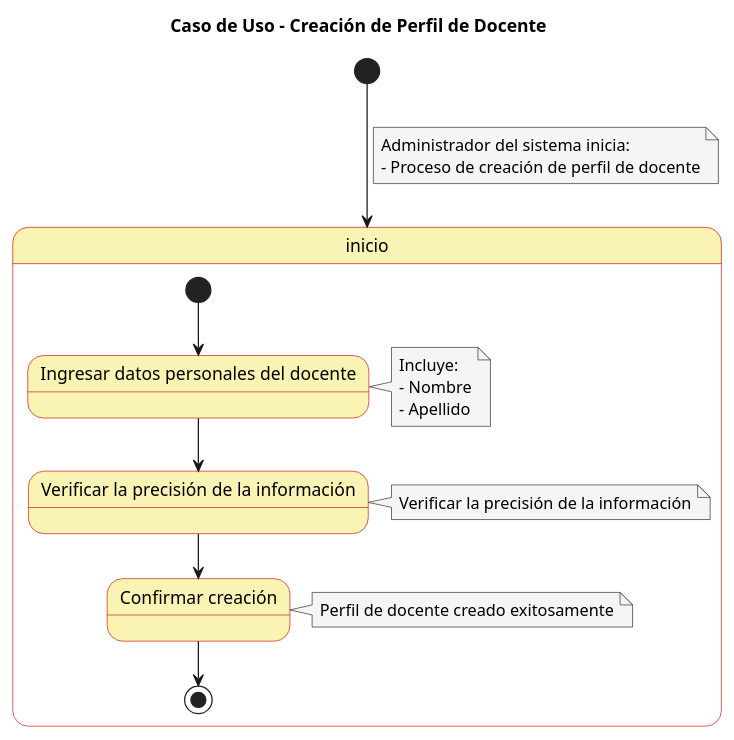
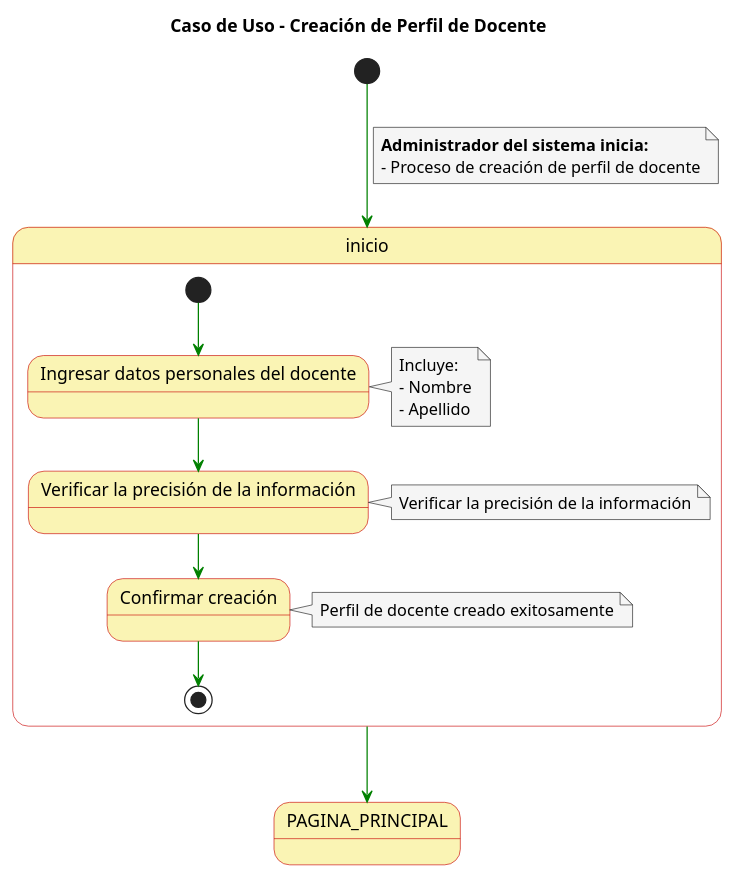
The diagram in Casos de Uso/Detalle de DocenteCreado.puml (FernandoWilliam26/23-24-IdSw1-SDR), drawn with PlantUML before and after one commit. The commit also changed 3 other files, not shown here.

```diff
--- a/Casos de Uso/Detalle de DocenteCreado.puml
+++ b/Casos de Uso/Detalle de DocenteCreado.puml
@@ -1,47 +1,44 @@
 @startuml
-
 skinparam state {
   BackgroundColor #faf4b4
   BorderColor #c90000
-  TextColor #757575
 }
 
 skinparam note {
   BackgroundColor #f5f5f5
-  TextColor #757575
 }
+
+skinparam linetype polyline
 
 title Caso de Uso - Creación de Perfil de Docente
 
-[*] --> inicio
+[*] -[#green]-> inicio
 note on link
-  Administrador del sistema inicia:
+  **Administrador del sistema inicia:**
   - Proceso de creación de perfil de docente
 end note
 
 state inicio {
-  [*] --> ingresar_datos
-  state "Ingresar datos personales del docente" as ingresar_datos
-
-  ingresar_datos --> verificar_informacion
-  note right of ingresar_datos
+  state "Ingresar datos personales del docente" as state1
+  state "Verificar la precisión de la información" as state2
+  state "Confirmar creación" as state3
+  
+  [*] -[#green]-> state1
+  note right of state1
     Incluye:
     - Nombre
     - Apellido
   end note
-
-  state "Verificar la precisión de la información" as verificar_informacion
-
-  verificar_informacion --> confirmar_creacion
-  note right of verificar_informacion
+  state1 -[#green]-> state2
+  note right of state2
     Verificar la precisión de la información
   end note
-
-  state "Confirmar creación" as confirmar_creacion
-  confirmar_creacion --> [*]
-  note right of confirmar_creacion
+  state2 -[#green]-> state3
+  note right of state3
     Perfil de docente creado exitosamente
   end note
+  state3 -[#green]-> [*]
 }
 
+inicio -[#green]-> PAGINA_PRINCIPAL
 @enduml
```
